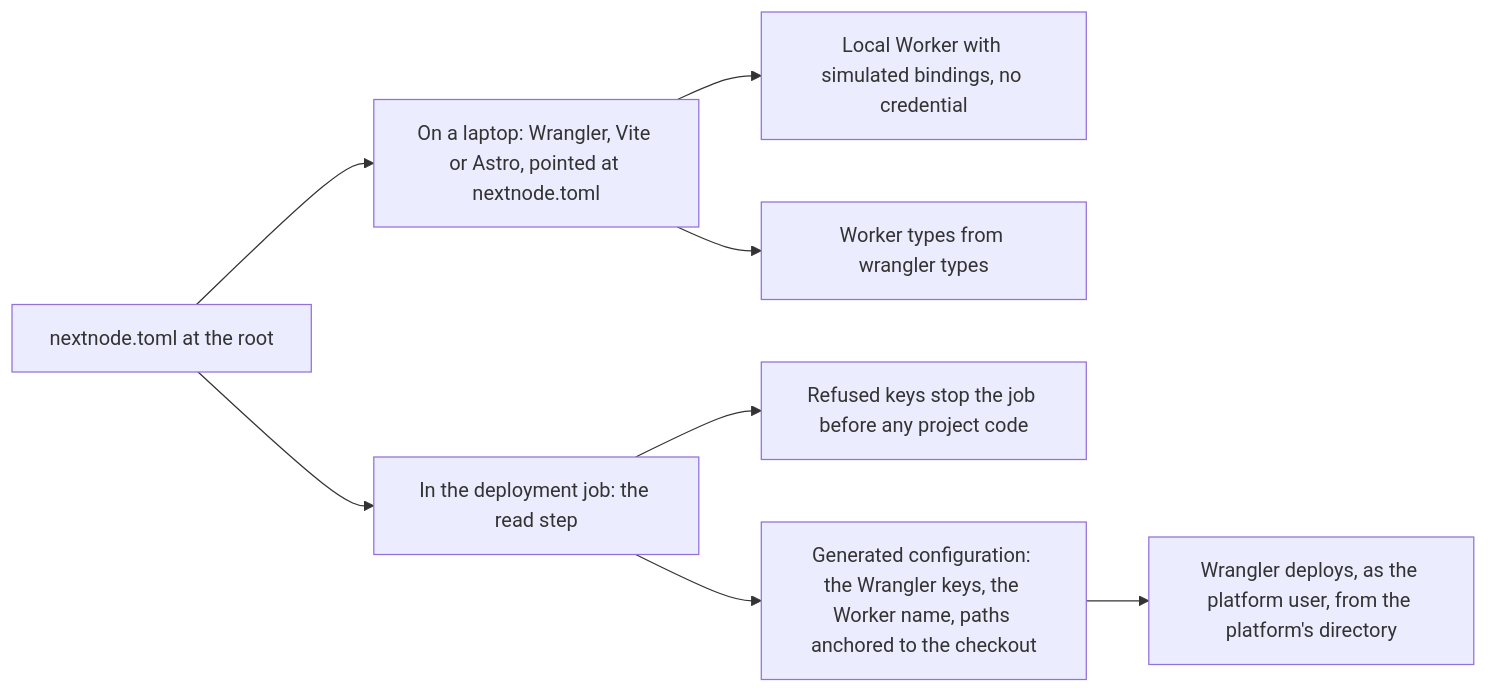
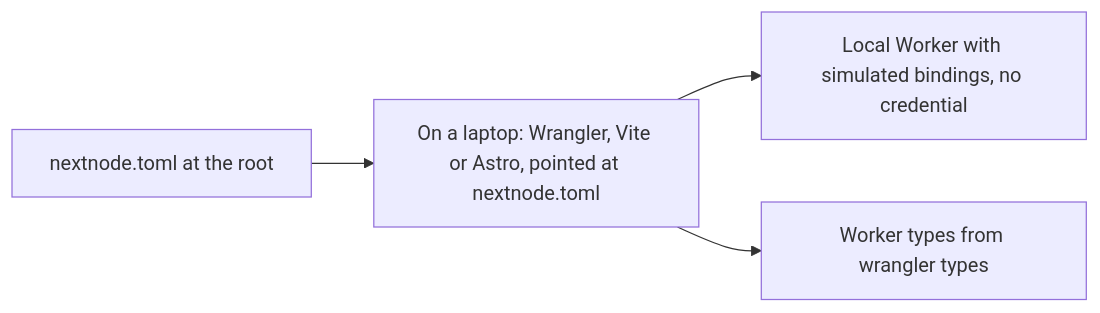
Before and after one commit to NextNodeSolutions/infrastructure: the second of 2 diagrams in docs/configuration.md, drawn with Mermaid. The commit also changed other lines of this file and 4 other files, not shown here.

Commit message:
ci: the read step accepts a fixed set of wrangler keys into one flat environment

````diff
--- a/docs/configuration.md
+++ b/docs/configuration.md
@@ -38,10 +38,6 @@
 ```mermaid
 flowchart LR
     T[nextnode.toml at the root] --> L[On a laptop: Wrangler, Vite or Astro, pointed at nextnode.toml]
     L --> D[Local Worker with simulated bindings, no credential]
     L --> Y[Worker types from wrangler types]
-    T --> R[In the deployment job: the read step]
-    R --> X[Refused keys stop the job before any project code]
-    R --> G[Generated configuration: the Wrangler keys, the Worker name, paths anchored to the checkout]
-    G --> W[Wrangler deploys, as the platform user, from the platform's directory]
 ```
````
